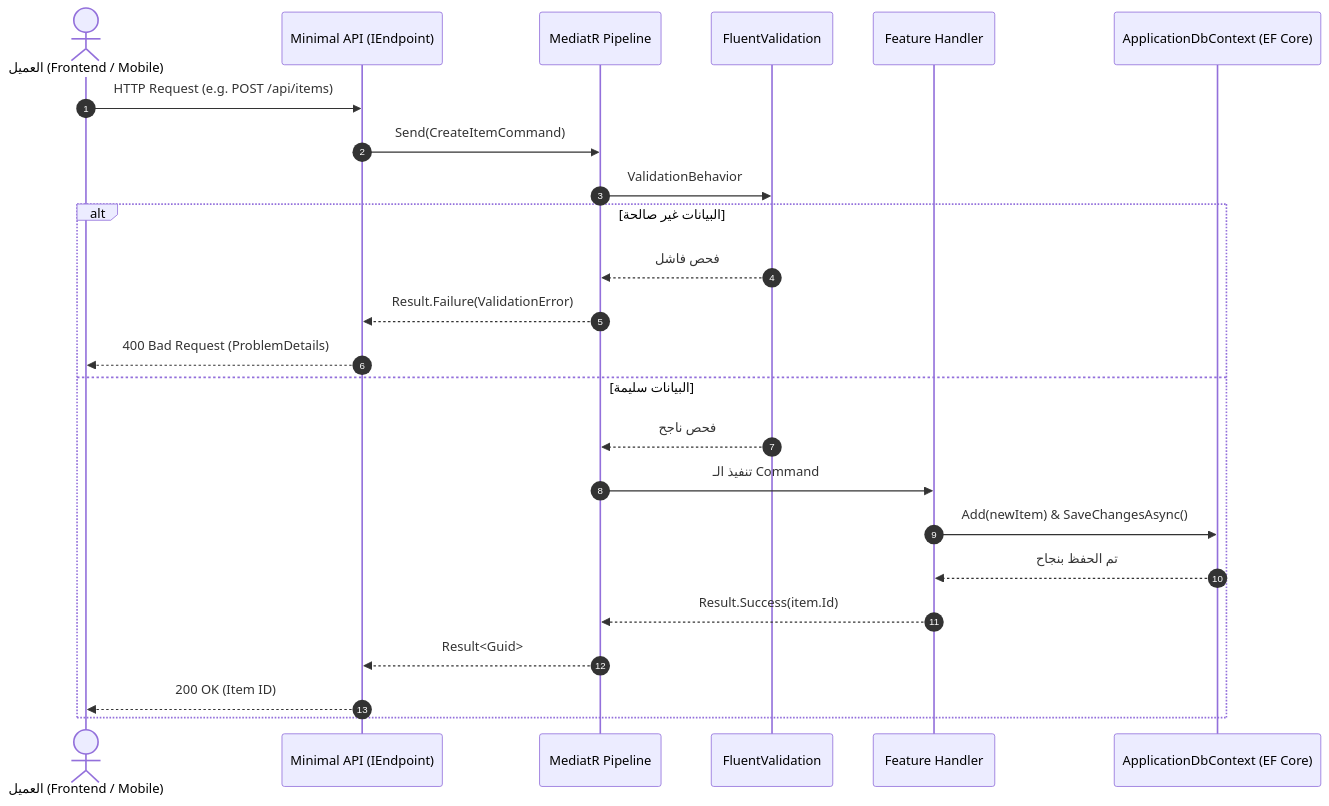
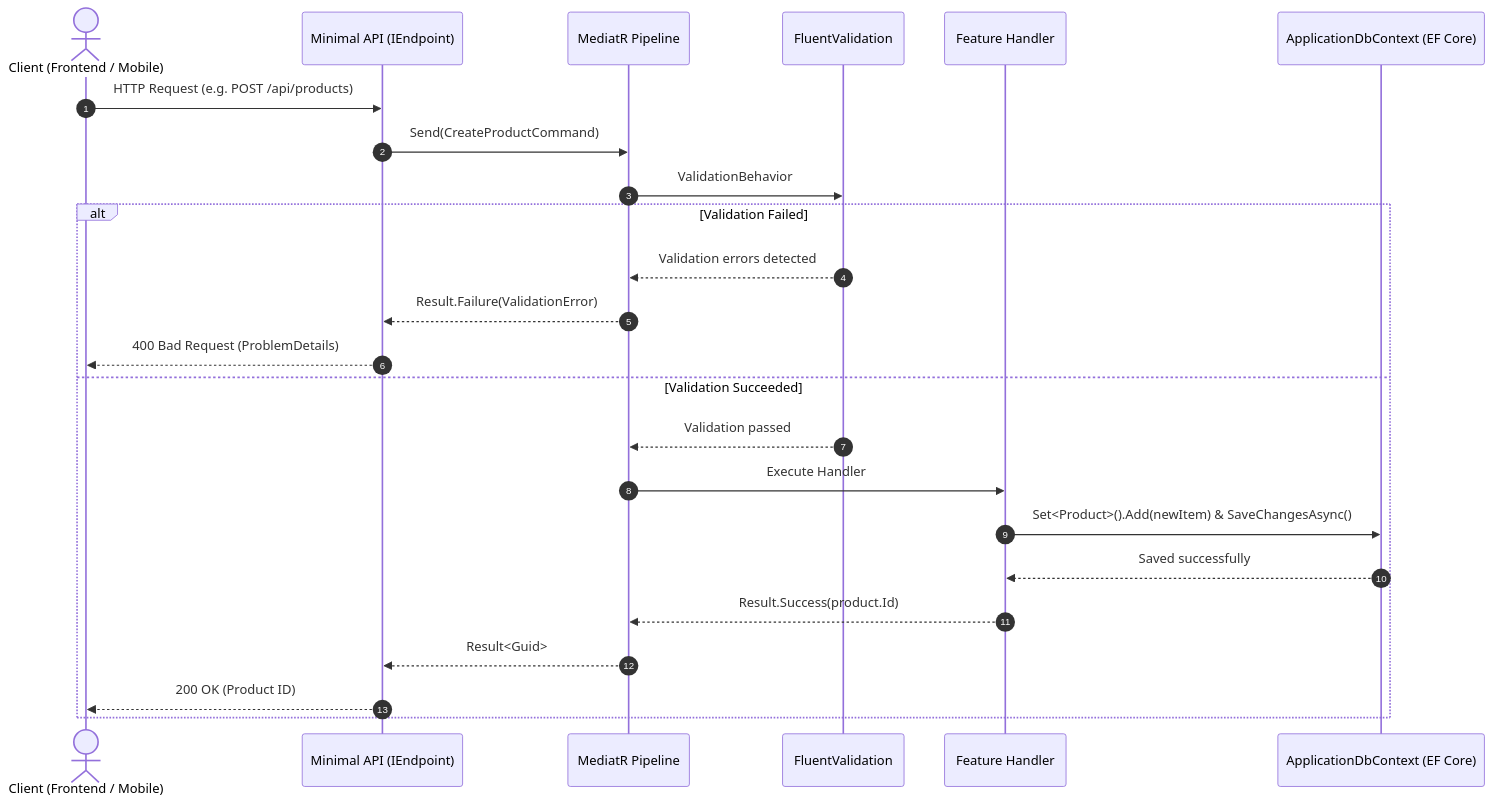
The diagram in README.md (nawrasaldamen8-spec/Showcase), drawn with Mermaid before and after one commit. The commit also changed other lines of this file, not shown here.

````diff
--- a/README.md
+++ b/README.md
@@ -154,27 +162,27 @@
 ```mermaid
 sequenceDiagram
     autonumber
-    actor Client as العميل (Frontend / Mobile)
+    actor Client as Client (Frontend / Mobile)
     participant API as Minimal API (IEndpoint)
     participant Pipeline as MediatR Pipeline
     participant Validator as FluentValidation
     participant Handler as Feature Handler
     participant DB as ApplicationDbContext (EF Core)
 
-    Client->>API: HTTP Request (e.g. POST /api/items)
-    API->>Pipeline: Send(CreateItemCommand)
+    Client->>API: HTTP Request (e.g. POST /api/products)
+    API->>Pipeline: Send(CreateProductCommand)
     Pipeline->>Validator: ValidationBehavior
-    alt البيانات غير صالحة
-        Validator-->>Pipeline: فحص فاشل
+    alt Validation Failed
+        Validator-->>Pipeline: Validation errors detected
         Pipeline-->>API: Result.Failure(ValidationError)
         API-->>Client: 400 Bad Request (ProblemDetails)
-    else البيانات سليمة
-        Validator-->>Pipeline: فحص ناجح
-        Pipeline->>Handler: تنفيذ الـ Command
-        Handler->>DB: Add(newItem) & SaveChangesAsync()
-        DB-->>Handler: تم الحفظ بنجاح
-        Handler-->>Pipeline: Result.Success(item.Id)
+    else Validation Succeeded
+        Validator-->>Pipeline: Validation passed
+        Pipeline->>Handler: Execute Handler
+        Handler->>DB: Set<Product>().Add(newItem) & SaveChangesAsync()
+        DB-->>Handler: Saved successfully
+        Handler-->>Pipeline: Result.Success(product.Id)
         Pipeline-->>API: Result<Guid>
-        API-->>Client: 200 OK (Item ID)
+        API-->>Client: 200 OK (Product ID)
     end
 ```
````
